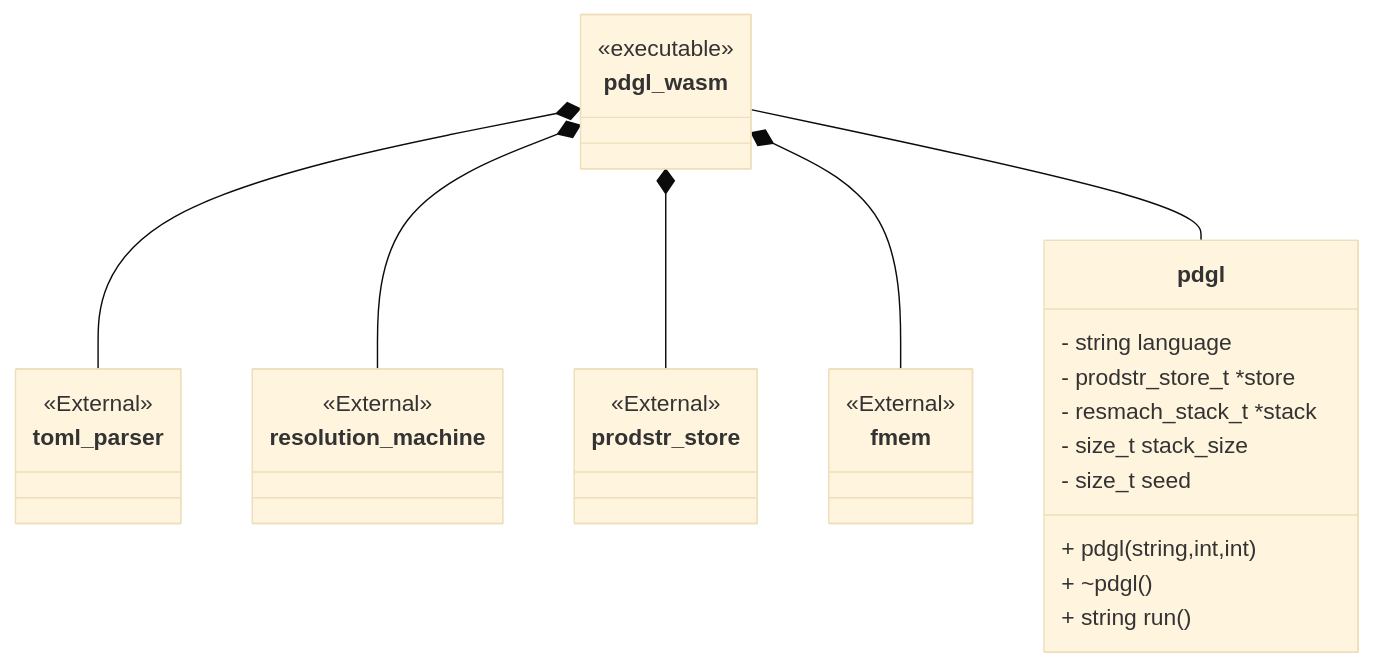
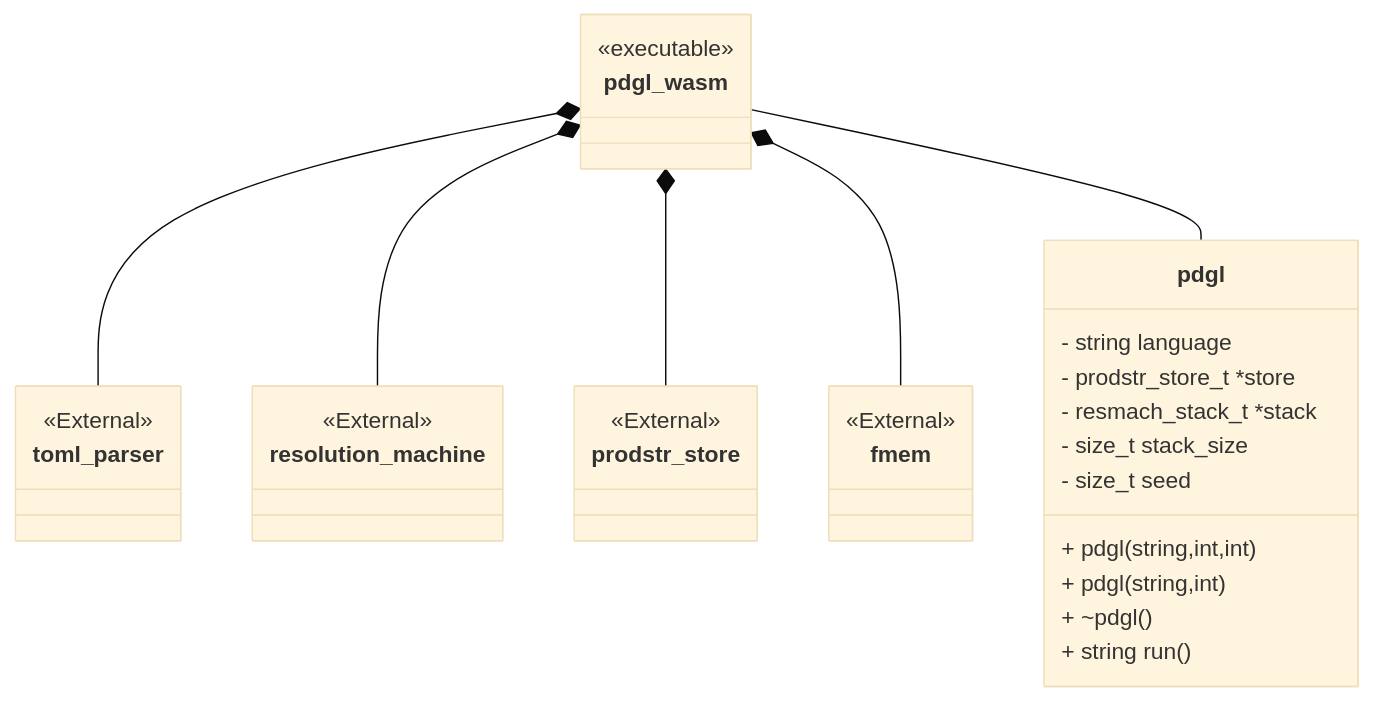
One commit to Joecstarr/pdgl changed the first of 2 diagrams in wrappers/wasm/docs/unit_description.md. Above: the diagram before and after it, drawn with Mermaid (base theme). The commit also changed 2 other files, not shown here.

Commit message:
Add additional wasm interface (#34)
* Improve: Adds interface to unit_description

* Improve: Adds input and stack size interface to wasm

````diff
--- a/wrappers/wasm/docs/unit_description.md
+++ b/wrappers/wasm/docs/unit_description.md
@@ -9,29 +9,30 @@
 ```mermaid
 classDiagram
   pdgl_wasm *-- toml_parser
   pdgl_wasm *-- resolution_machine
   pdgl_wasm *-- prodstr_store 
   pdgl_wasm *-- fmem 
   pdgl_wasm -- pdgl 
 
    class pdgl_wasm{
     <<executable>>
     }
 
    class pdgl{
     + pdgl(string,int,int)
+    + pdgl(string,int)
     + ~pdgl()
     + string run() 
     - string language
     - prodstr_store_t *store
     - resmach_stack_t *stack 
     - size_t stack_size
     - size_t seed
     }
 
    class prodstr_store{<<External>>}
    class toml_parser{<<External>>}
    class resolution_machine {<<External>>}
    class fmem{<<External>>}
 
 ```
````
